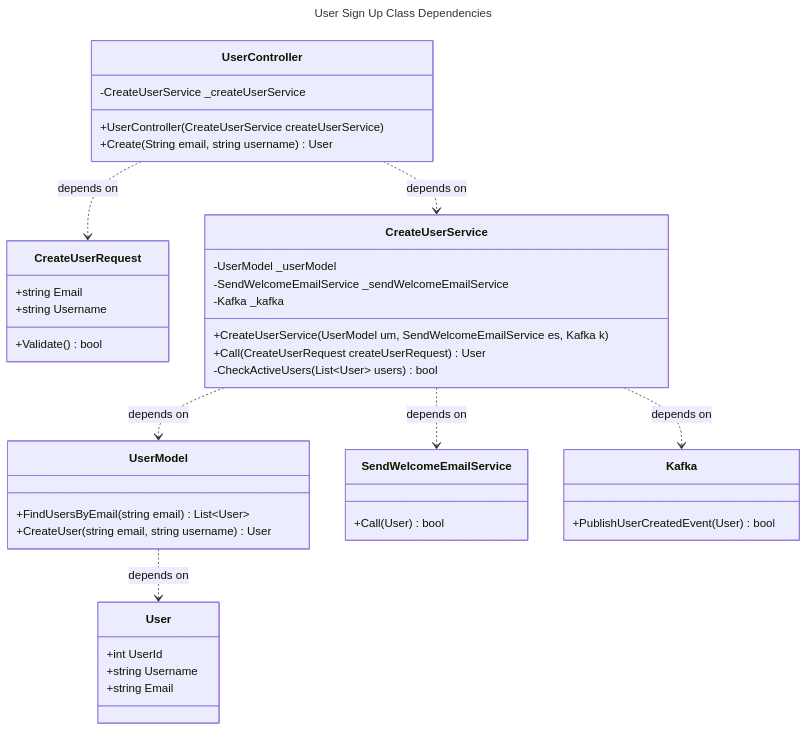
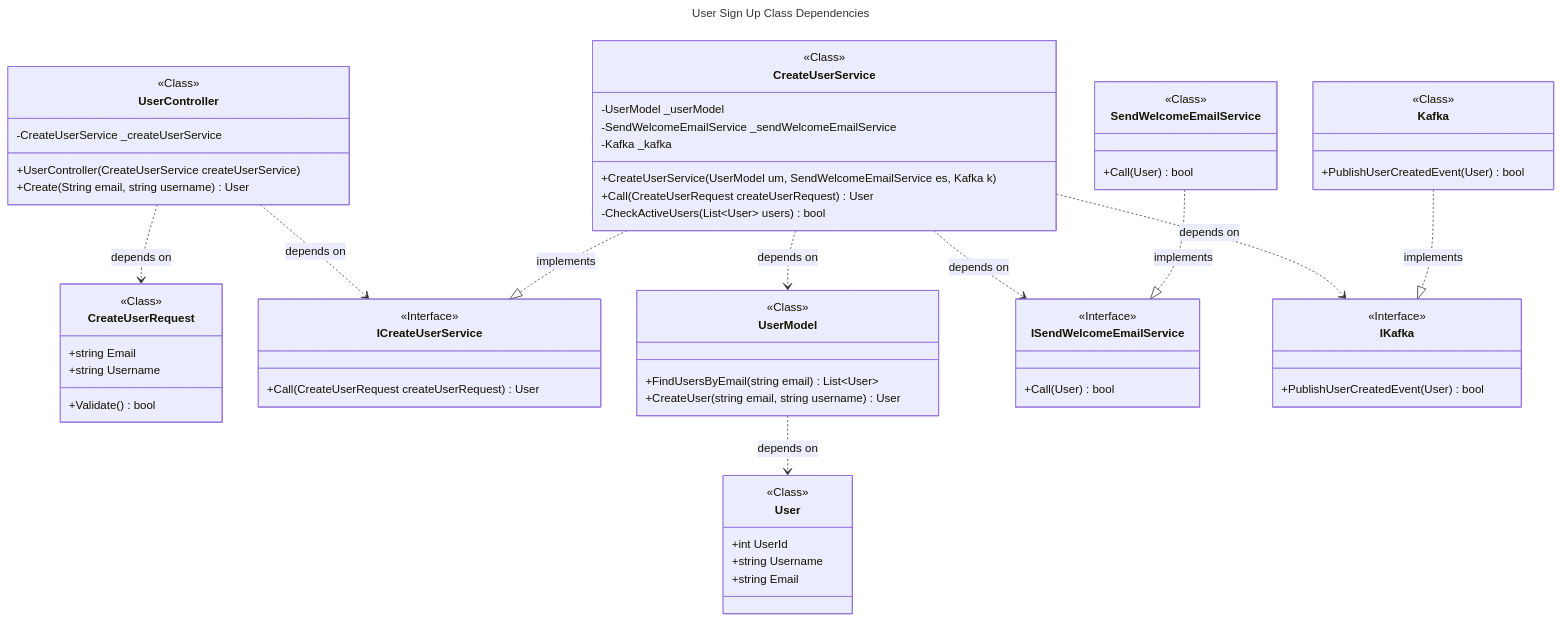
The diagram in architecture/mermaid/visualize_code_flows/user_sign_up_class_depdencies.md (louishuyng/awesome-tech), drawn with Mermaid before and after one commit.

Commit message:
architecture refactoring visualize code class diagram with interafce

````diff
--- a/architecture/mermaid/visualize_code_flows/user_sign_up_class_depdencies.md
+++ b/architecture/mermaid/visualize_code_flows/user_sign_up_class_depdencies.md
@@ -1,53 +1,81 @@
 ```mermaid
 ---
     title: User Sign Up Class Dependencies
 ---
 classDiagram
     class UserController {
+        <<Class>>
         -CreateUserService _createUserService
         +UserController(CreateUserService createUserService)
         +Create(String email, string username) User
     }
     
     class CreateUserRequest {
+        <<Class>>
  	    +string Email
  	    +string Username
 
  	    +Validate() bool
  	}
+ 	
+    class ICreateUserService {
+ 	    <<Interface>>
+ 	    +Call(CreateUserRequest createUserRequest) User
+ 	}
 
     class CreateUserService {
+        <<Class>>
         -UserModel _userModel
         -SendWelcomeEmailService _sendWelcomeEmailService
         -Kafka _kafka
         +CreateUserService(UserModel um, SendWelcomeEmailService es, Kafka k)
         +Call(CreateUserRequest createUserRequest) User
         -CheckActiveUsers(List~User~ users) bool
     }
     
     class UserModel {
+        <<Class>>
         +FindUsersByEmail(string email) List~User~
         +CreateUser(string email, string username) User
     }
     
     class User {
+        <<Class>>
         +int UserId
         +string Username
         +string Email
     }
     
     class SendWelcomeEmailService {
+        <<Class>>
+        +Call(User) bool
+    }
+
+    class ISendWelcomeEmailService {
+        <<Interface>>
         +Call(User) bool
     }
     
     class Kafka {
+        <<Class>>
+        +PublishUserCreatedEvent(User) bool
+    }
+    
+    class IKafka {
+        <<Interface>>
         +PublishUserCreatedEvent(User) bool
     }
 
-    UserController ..> CreateUserService: depends on
+    UserController ..> ICreateUserService: depends on
     UserController ..> CreateUserRequest: depends on
+    
     CreateUserService ..> UserModel: depends on
     UserModel ..> User: depends on
- 	CreateUserService ..> SendWelcomeEmailService: depends on
- 	CreateUserService ..> Kafka: depends on
+    
+    CreateUserService ..> ISendWelcomeEmailService: depends on
+    CreateUserService ..> IKafka: depends on
+    
+    CreateUserService ..|> ICreateUserService: implements
+    SendWelcomeEmailService ..|> ISendWelcomeEmailService: implements
+    Kafka ..|> IKafka: implements
 ```
````
